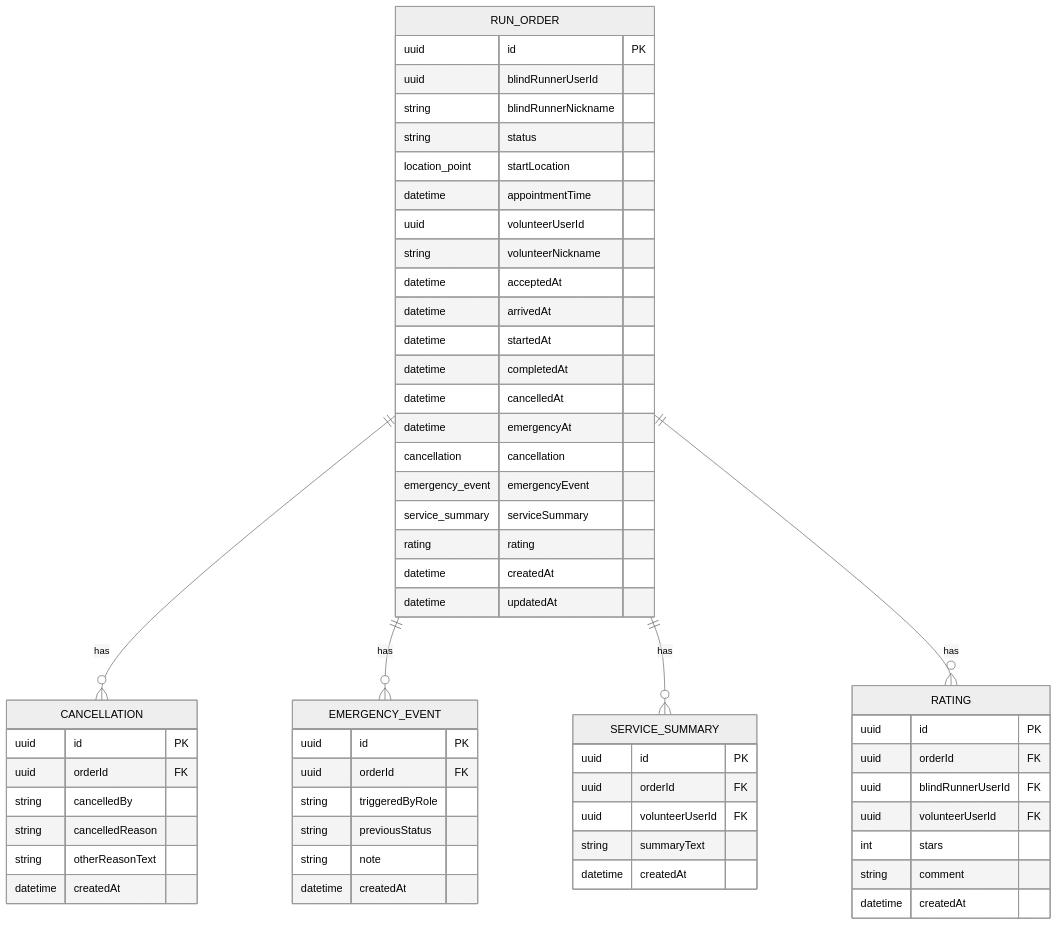
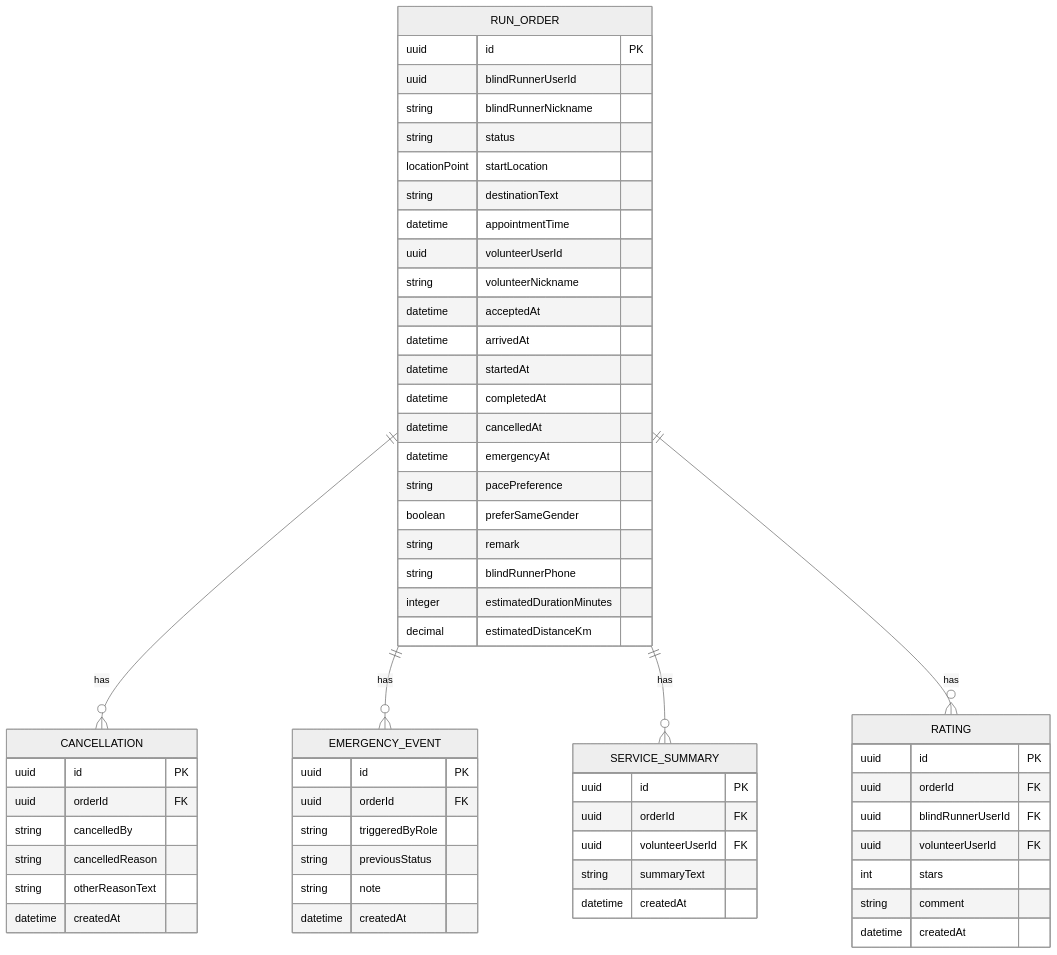
One commit to Jayden23018/blind-run-ios changed the tenth of 12 diagrams in .qoder/repowiki/zh/content/核心功能模块/订单生命周期管理.md. Above: the diagram before and after it, drawn with Mermaid (neutral theme). The commit also changed other lines of this file and 35 other files, not shown here.

Commit message:
Implement backend auth and role-switch flow

````diff
--- a/.qoder/repowiki/zh/content/核心功能模块/订单生命周期管理.md
+++ b/.qoder/repowiki/zh/content/核心功能模块/订单生命周期管理.md
@@ -296,61 +426,62 @@
 ```mermaid
 erDiagram
 RUN_ORDER {
 uuid id PK
 uuid blindRunnerUserId
 string blindRunnerNickname
 string status
-location_point startLocation
+locationPoint startLocation
+string destinationText
 datetime appointmentTime
 uuid volunteerUserId
 string volunteerNickname
 datetime acceptedAt
 datetime arrivedAt
 datetime startedAt
 datetime completedAt
 datetime cancelledAt
 datetime emergencyAt
-cancellation cancellation
-emergency_event emergencyEvent
-service_summary serviceSummary
-rating rating
-datetime createdAt
-datetime updatedAt
+string pacePreference
+boolean preferSameGender
+string remark
+string blindRunnerPhone
+integer estimatedDurationMinutes
+decimal estimatedDistanceKm
 }
 CANCELLATION {
 uuid id PK
 uuid orderId FK
 string cancelledBy
 string cancelledReason
 string otherReasonText
 datetime createdAt
 }
 EMERGENCY_EVENT {
 uuid id PK
 uuid orderId FK
 string triggeredByRole
 string previousStatus
 string note
 datetime createdAt
 }
 SERVICE_SUMMARY {
 uuid id PK
 uuid orderId FK
 uuid volunteerUserId FK
 string summaryText
 datetime createdAt
 }
 RATING {
 uuid id PK
 uuid orderId FK
 uuid blindRunnerUserId FK
 uuid volunteerUserId FK
 int stars
 string comment
 datetime createdAt
 }
 RUN_ORDER ||--o{ CANCELLATION : "has"
 RUN_ORDER ||--o{ EMERGENCY_EVENT : "has"
 RUN_ORDER ||--o{ SERVICE_SUMMARY : "has"
 RUN_ORDER ||--o{ RATING : "has"
 ```
````
